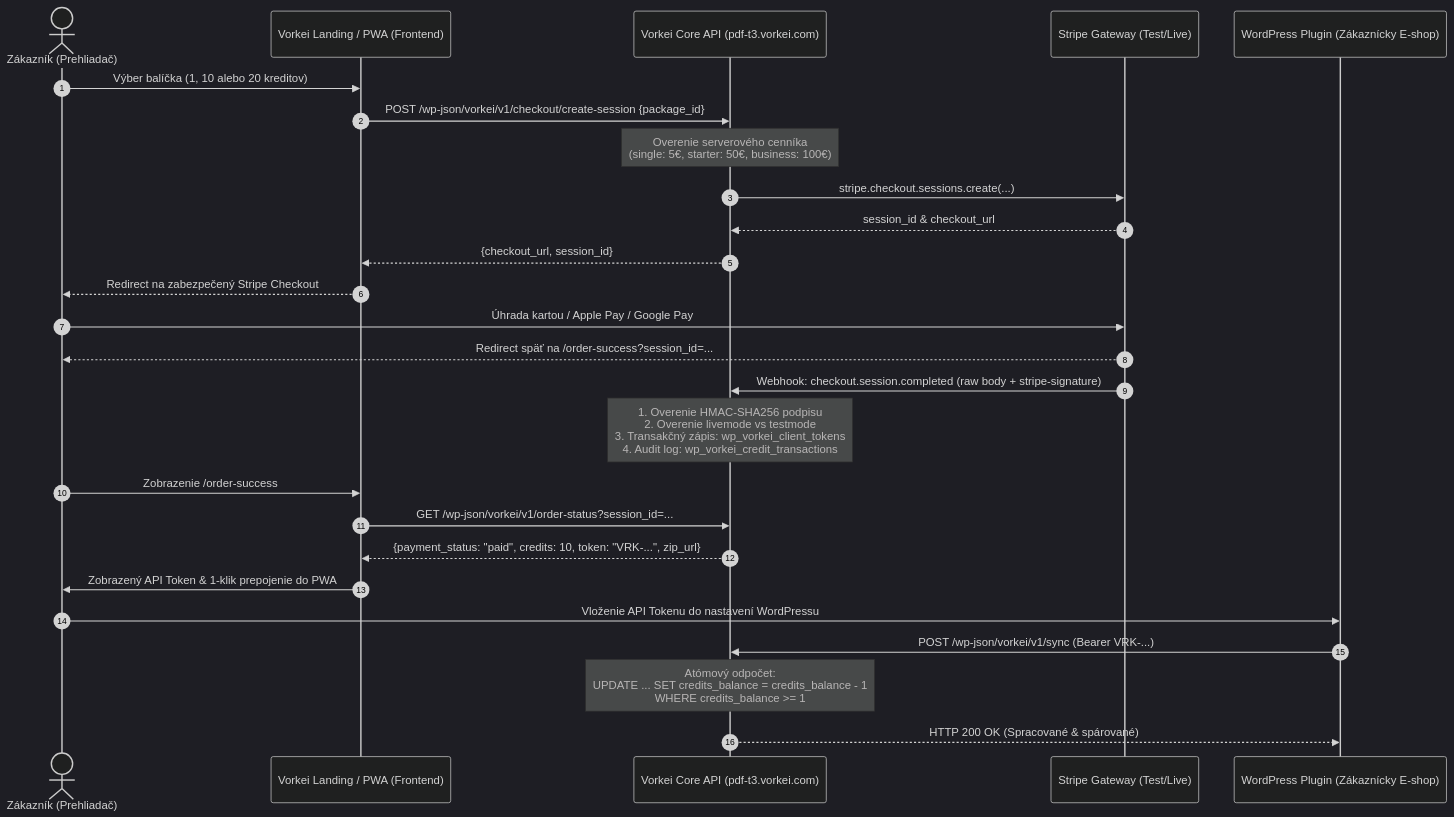
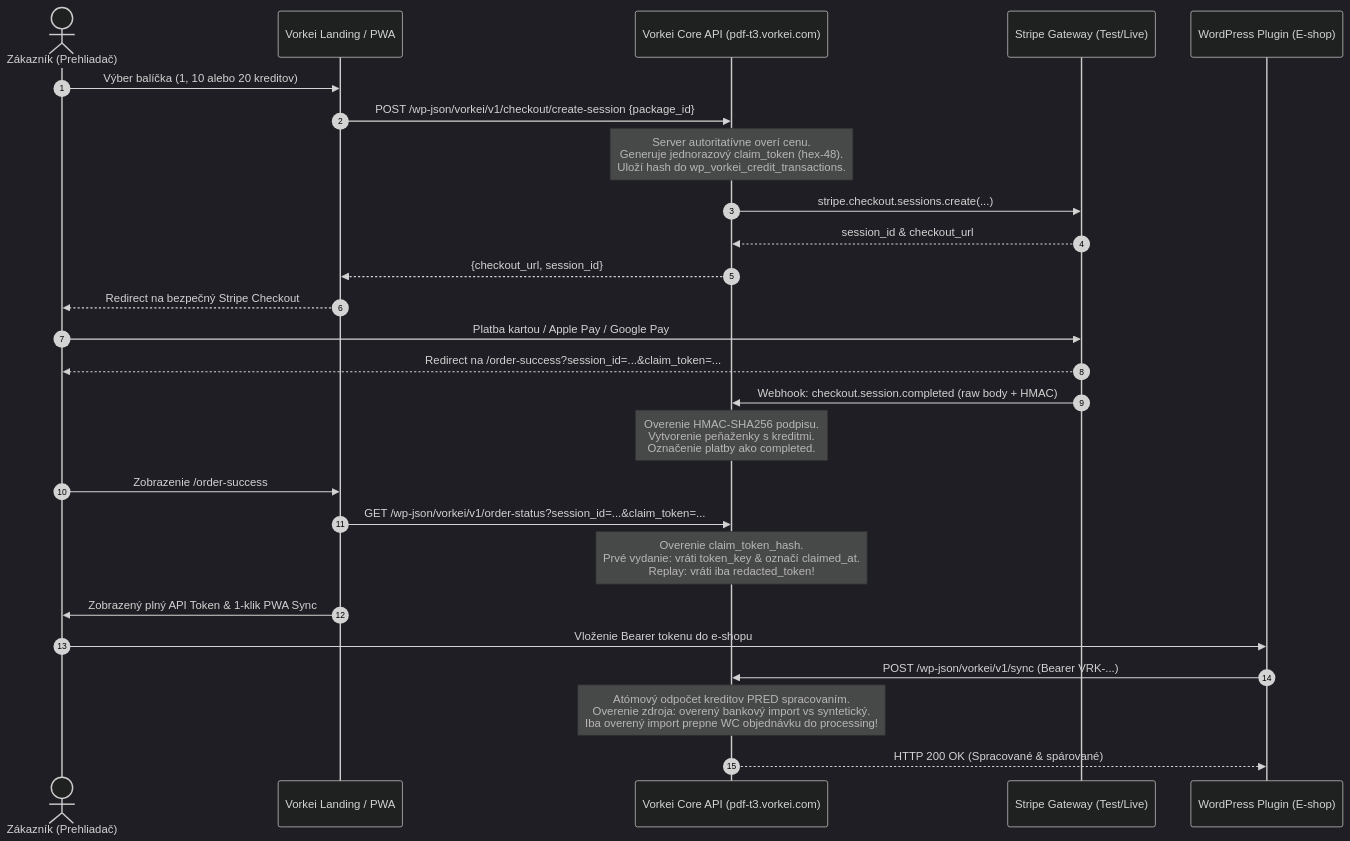
One commit to youh4ck3dme/spring-gold-prairie-mist changed the diagram in docs/launch/GEMINI_HANDOFF.md. Above: the diagram before and after it, drawn with Mermaid (dark theme). The commit also changed other lines of this file and 19 other files, not shown here.

````diff
--- a/docs/launch/GEMINI_HANDOFF.md
+++ b/docs/launch/GEMINI_HANDOFF.md
@@ -59,29 +139,29 @@
 ```mermaid
 sequenceDiagram
     autonumber
     actor Customer as Zákazník (Prehliadač)
-    participant Landing as Vorkei Landing / PWA (Frontend)
+    participant Landing as Vorkei Landing / PWA
     participant API as Vorkei Core API (pdf-t3.vorkei.com)
     participant Stripe as Stripe Gateway (Test/Live)
-    participant Plugin as WordPress Plugin (Zákaznícky E-shop)
+    participant Plugin as WordPress Plugin (E-shop)
 
     Customer->>Landing: Výber balíčka (1, 10 alebo 20 kreditov)
     Landing->>API: POST /wp-json/vorkei/v1/checkout/create-session {package_id}
-    Note over API: Overenie serverového cenníka<br/>(single: 5€, starter: 50€, business: 100€)
+    Note over API: Server autoritatívne overí cenu.<br/>Generuje jednorazový claim_token (hex-48).<br/>Uloží hash do wp_vorkei_credit_transactions.
     API->>Stripe: stripe.checkout.sessions.create(...)
     Stripe-->>API: session_id & checkout_url
     API-->>Landing: {checkout_url, session_id}
-    Landing-->>Customer: Redirect na zabezpečený Stripe Checkout
-    Customer->>Stripe: Úhrada kartou / Apple Pay / Google Pay
-    Stripe-->>Customer: Redirect späť na /order-success?session_id=...
-    Stripe->>API: Webhook: checkout.session.completed (raw body + stripe-signature)
-    Note over API: 1. Overenie HMAC-SHA256 podpisu<br/>2. Overenie livemode vs testmode<br/>3. Transakčný zápis: wp_vorkei_client_tokens<br/>4. Audit log: wp_vorkei_credit_transactions
+    Landing-->>Customer: Redirect na bezpečný Stripe Checkout
+    Customer->>Stripe: Platba kartou / Apple Pay / Google Pay
+    Stripe-->>Customer: Redirect na /order-success?session_id=...&claim_token=...
+    Stripe->>API: Webhook: checkout.session.completed (raw body + HMAC)
+    Note over API: Overenie HMAC-SHA256 podpisu.<br/>Vytvorenie peňaženky s kreditmi.<br/>Označenie platby ako completed.
     Customer->>Landing: Zobrazenie /order-success
-    Landing->>API: GET /wp-json/vorkei/v1/order-status?session_id=...
-    API-->>Landing: {payment_status: "paid", credits: 10, token: "VRK-...", zip_url}
-    Landing->>Customer: Zobrazený API Token & 1-klik prepojenie do PWA
-    Customer->>Plugin: Vloženie API Tokenu do nastavení WordPressu
+    Landing->>API: GET /wp-json/vorkei/v1/order-status?session_id=...&claim_token=...
+    Note over API: Overenie claim_token_hash.<br/>Prvé vydanie: vráti token_key & označí claimed_at.<br/>Replay: vráti iba redacted_token!
+    Landing->>Customer: Zobrazený plný API Token & 1-klik PWA Sync
+    Customer->>Plugin: Vloženie Bearer tokenu do e-shopu
     Plugin->>API: POST /wp-json/vorkei/v1/sync (Bearer VRK-...)
-    Note over API: Atómový odpočet:<br/>UPDATE ... SET credits_balance = credits_balance - 1<br/>WHERE credits_balance >= 1
+    Note over API: Atómový odpočet kreditov PRED spracovaním.<br/>Overenie zdroja: overený bankový import vs syntetický.<br/>Iba overený import prepne WC objednávku do processing!
     API-->>Plugin: HTTP 200 OK (Spracované & spárované)
 ```
````
